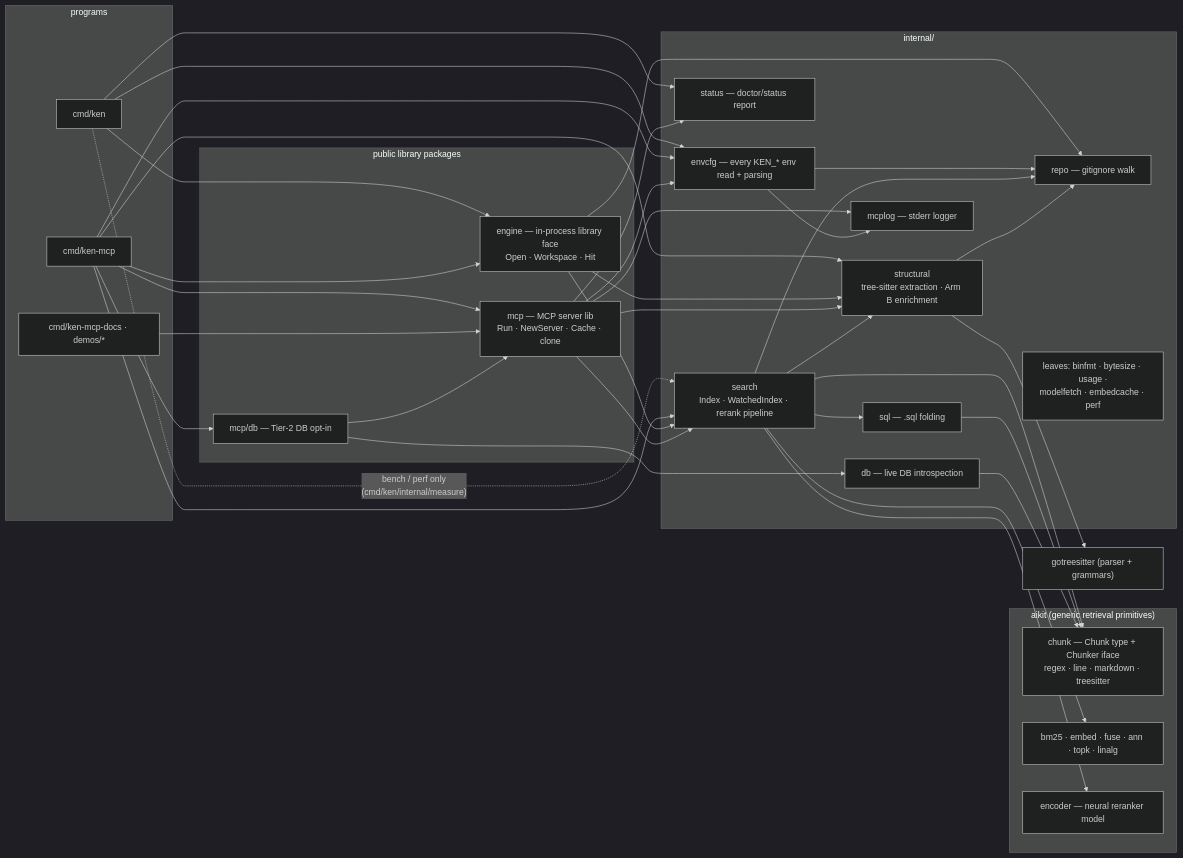
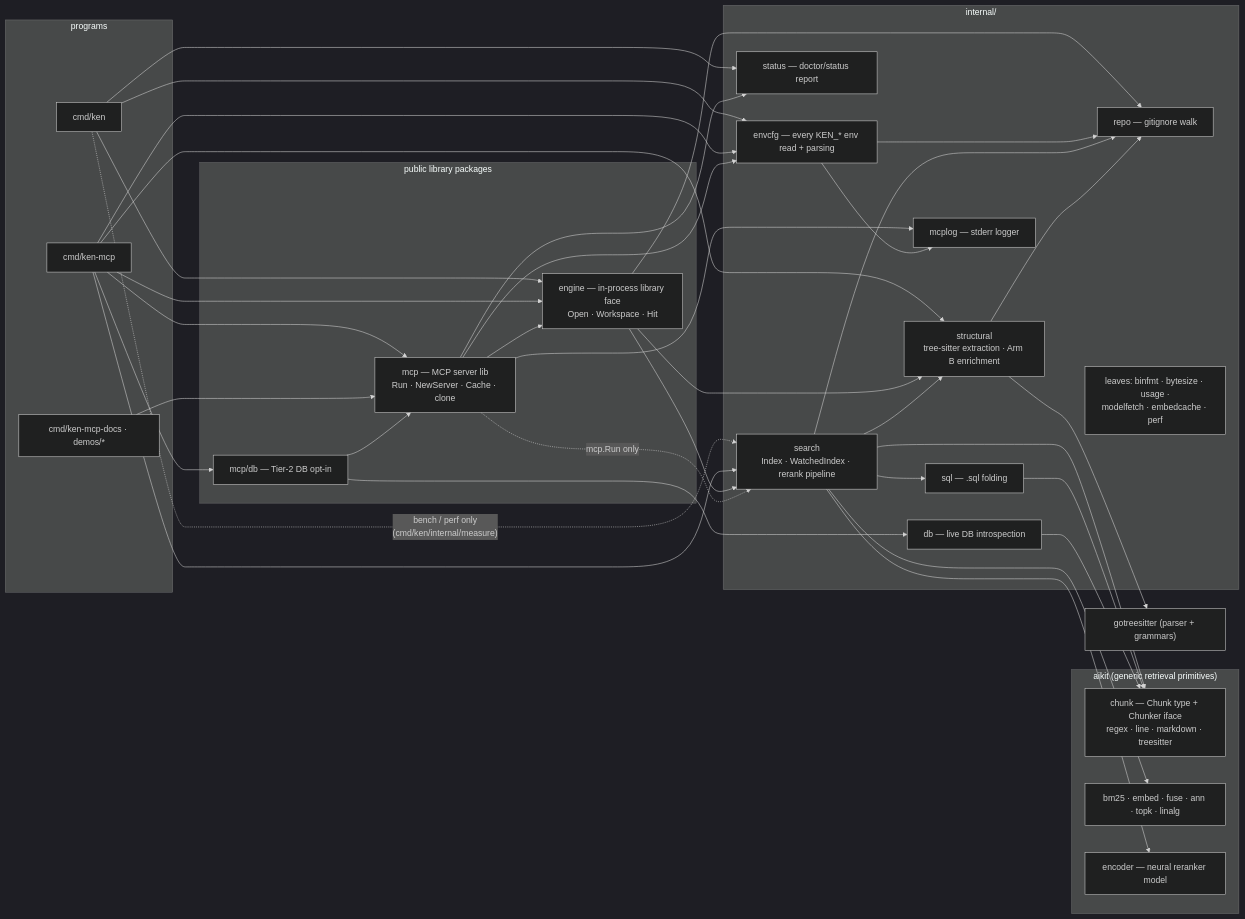
The first of 2 diagrams in ARCHITECTURE.md (townsendmerino/ken), drawn with Mermaid (dark theme) before and after one commit. The commit also changed other lines of this file and 31 other files, not shown here.

````diff
--- a/ARCHITECTURE.md
+++ b/ARCHITECTURE.md
@@ -15,43 +15,44 @@
 ```mermaid
 graph LR
     subgraph aikit ["aikit (generic retrieval primitives)"]
         chunk["chunk — Chunk type + Chunker iface<br/>regex · line · markdown · treesitter"]
         retr["bm25 · embed · fuse · ann · topk · linalg"]
         encoder["encoder — neural reranker model"]
     end
     gts["gotreesitter (parser + grammars)"]
     subgraph programs ["programs"]
         ken["cmd/ken"]
         kenmcp["cmd/ken-mcp"]
         embedded["cmd/ken-mcp-docs · demos/*"]
     end
     subgraph public ["public library packages"]
         engine["engine — in-process library face<br/>Open · Workspace · Hit"]
         mcppkg["mcp — MCP server lib<br/>Run · NewServer · Cache · clone"]
         mcpdb["mcp/db — Tier-2 DB opt-in"]
     end
     subgraph internal ["internal/"]
         search["search<br/>Index · WatchedIndex · rerank pipeline"]
         structural["structural<br/>tree-sitter extraction · Arm B enrichment"]
         repo["repo — gitignore walk"]
         sqlpkg["sql — .sql folding"]
         dbpkg["db — live DB introspection"]
         status["status — doctor/status report"]
         envcfg["envcfg — every KEN_* env read + parsing"]
         mcplog["mcplog — stderr logger"]
         small["leaves: binfmt · bytesize · usage ·<br/>modelfetch · embedcache · perf"]
     end
     ken --> engine & status & envcfg
     ken -. "bench / perf only<br/>(cmd/ken/internal/measure)" .-> search
     kenmcp --> engine & mcppkg & mcpdb & search & structural & envcfg
     embedded --> mcppkg
     engine --> search & structural & repo
-    mcppkg --> search & structural & status & mcplog & envcfg
+    mcppkg --> engine & status & mcplog & envcfg
+    mcppkg -. "mcp.Run only" .-> search
     mcpdb --> mcppkg & dbpkg
     envcfg --> mcplog & repo
     search --> structural & repo & sqlpkg
     structural --> repo
     search --> chunk & retr & encoder
     structural --> gts
     sqlpkg & dbpkg --> chunk
 ```
````
